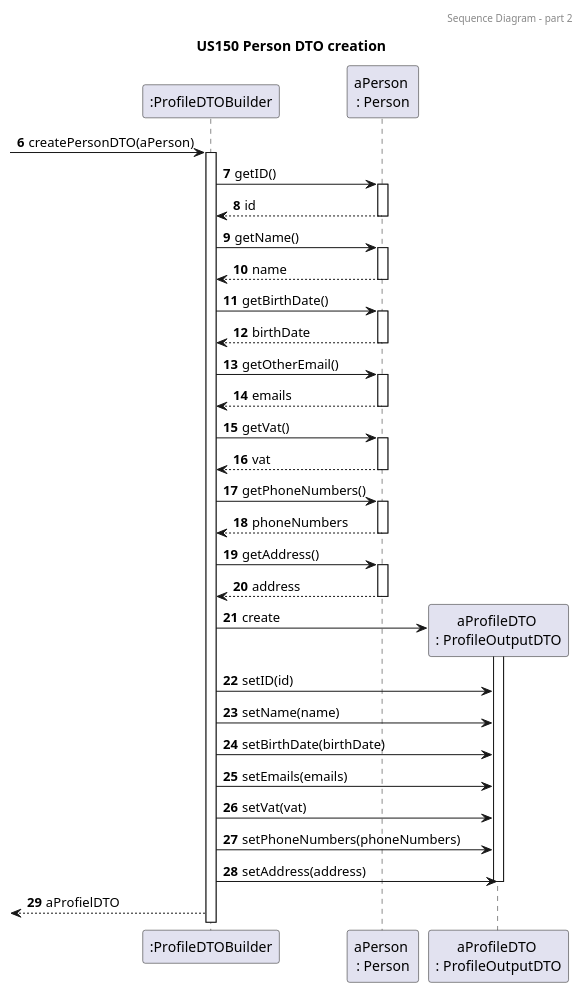
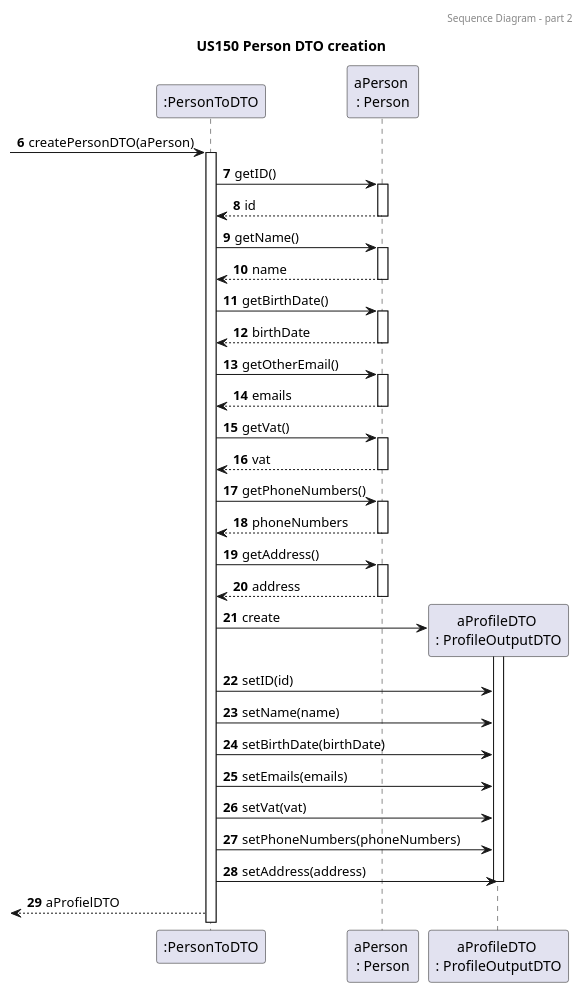
The fifth of 5 diagrams in docs/sprint4/user_stories/US150_GetFamilyMemberProfile.md (tomas-osswald/switch_2020_g3), drawn with PlantUML before and after one commit. The commit also changed 12 other files, not shown here.

`````diff
--- a/docs/sprint4/user_stories/US150_GetFamilyMemberProfile.md
+++ b/docs/sprint4/user_stories/US150_GetFamilyMemberProfile.md
@@ -261,78 +261,78 @@
 ````puml
 @startuml
 
 autonumber 6
 header Sequence Diagram - part 2
 title US150 Person DTO creation
 
-participant ":ProfileDTOBuilder" as mapper
+participant ":PersonToDTO" as mapper
 participant "aPerson \n: Person" as person
 
 participant "aProfileDTO \n: ProfileOutputDTO" as profiledto
 
 -> mapper : createPersonDTO(aPerson)
 activate mapper
 mapper -> person : getID()
 activate person
 return id
 
 mapper -> person : getName()
 activate person
 return name
 
 mapper -> person : getBirthDate()
 activate person
 return birthDate
 
 mapper -> person : getOtherEmail()
 activate person
 return emails
 
 mapper -> person : getVat()
 activate person
 return vat
 
 mapper -> person : getPhoneNumbers()
 activate person
 return phoneNumbers
 
 mapper -> person : getAddress()
 activate person
 return address
 
 mapper -> profiledto** : create 
 
 
 activate profiledto
 mapper -> profiledto : setID(id)
 
 
 
 mapper -> profiledto : setName(name)
 
 
 
 mapper -> profiledto : setBirthDate(birthDate)
 
 
 
 mapper -> profiledto : setEmails(emails)
 
 
 
 mapper -> profiledto : setVat(vat)
 
 
 mapper -> profiledto : setPhoneNumbers(phoneNumbers)
 
 
 
 mapper -> profiledto : setAddress(address)
 
 deactivate profiledto
 <-- mapper : aProfielDTO
 
 
 
 @enduml
 ````
`````
